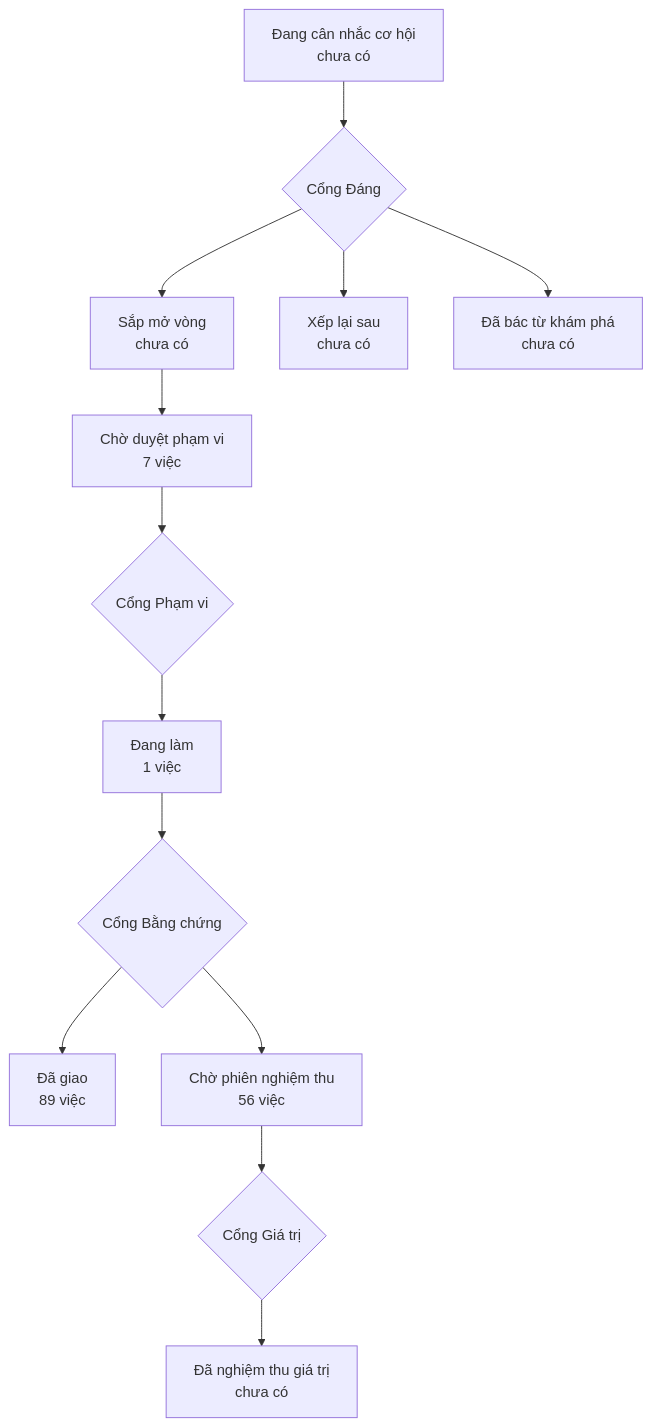
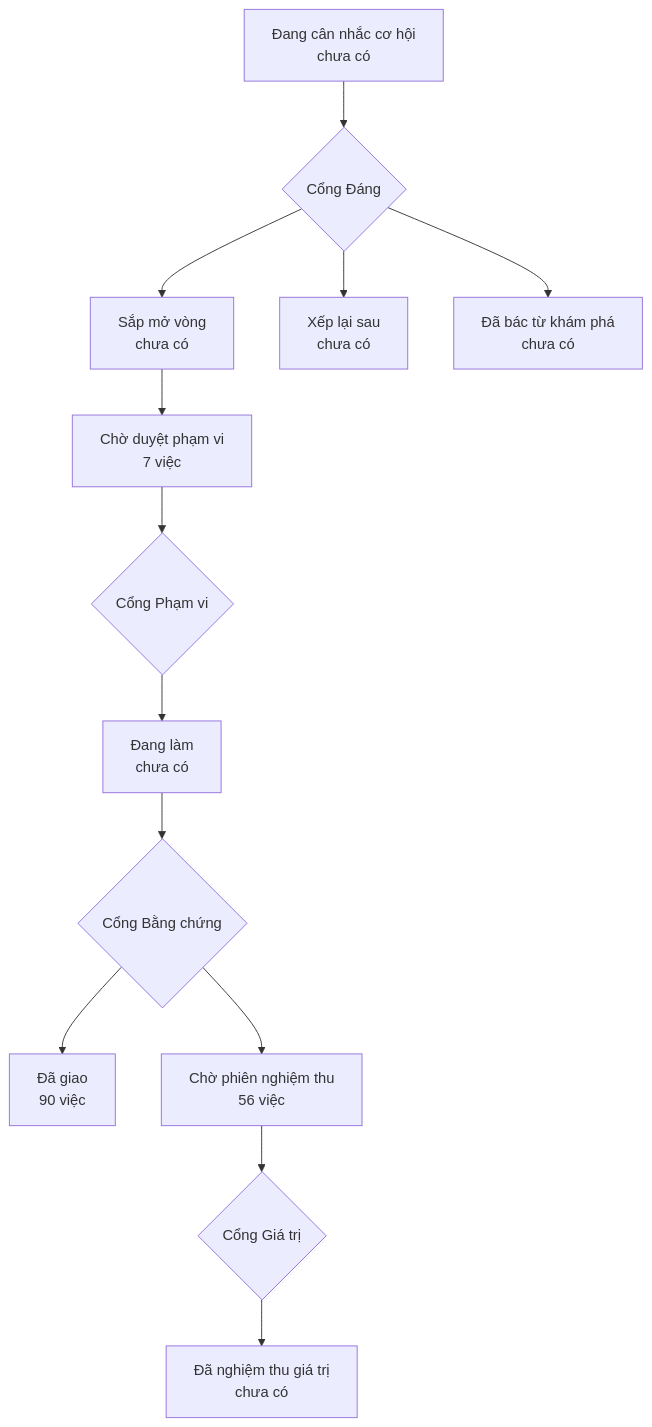
One commit to phanlemanh/onehub-invest changed the diagram in PRODUCT-MAP.md. Above: the diagram before and after it, drawn with Mermaid. The commit also changed other lines of this file and 4 other files, not shown here.

````diff
--- a/PRODUCT-MAP.md
+++ b/PRODUCT-MAP.md
@@ -7,12 +7,12 @@
 ```mermaid
 flowchart TD
   A["Đang cân nhắc cơ hội<br/>chưa có"] --> GD{"Cổng Đáng"}
   GD --> B["Sắp mở vòng<br/>chưa có"]
   GD --> XL["Xếp lại sau<br/>chưa có"]
   GD --> DB["Đã bác từ khám phá<br/>chưa có"]
   B --> CD["Chờ duyệt phạm vi<br/>7 việc"] --> GP{"Cổng Phạm vi"}
-  GP --> DL["Đang làm<br/>1 việc"] --> GB{"Cổng Bằng chứng"}
-  GB --> DG["Đã giao<br/>89 việc"]
+  GP --> DL["Đang làm<br/>chưa có"] --> GB{"Cổng Bằng chứng"}
+  GB --> DG["Đã giao<br/>90 việc"]
   GB --> CN["Chờ phiên nghiệm thu<br/>56 việc"] --> GG{"Cổng Giá trị"}
   GG --> NT["Đã nghiệm thu giá trị<br/>chưa có"]
 ```
````
